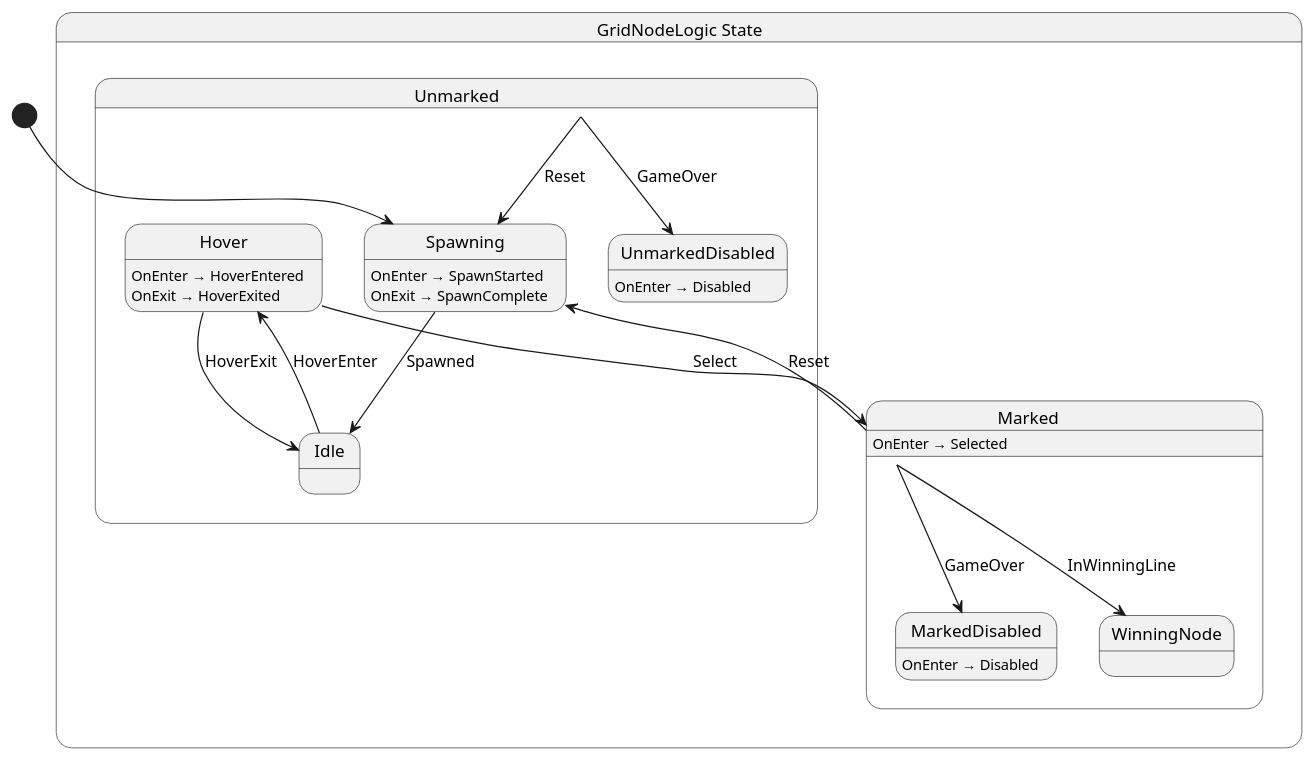
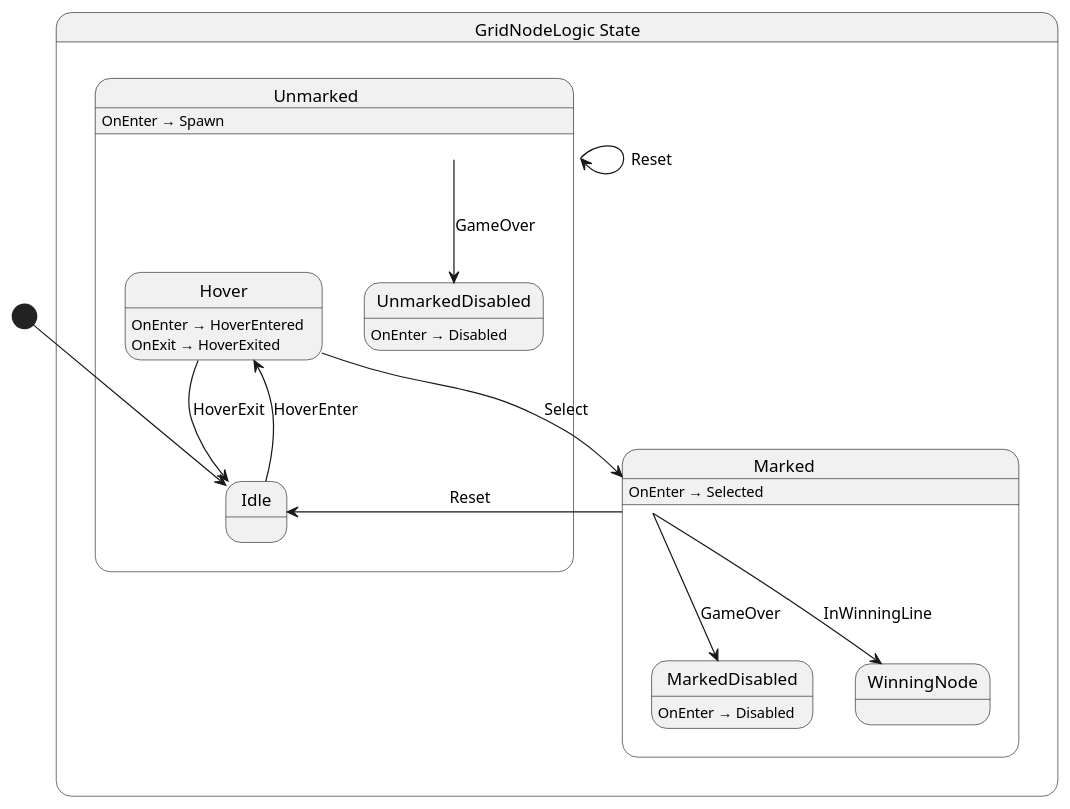
Before and after one commit to stranne/Vertex: the diagram in src/GridNode/State/GridNodeLogic.g.puml, drawn with PlantUML. The commit also changed 10 other files, not shown here.

```diff
--- a/src/GridNode/State/GridNodeLogic.g.puml
+++ b/src/GridNode/State/GridNodeLogic.g.puml
@@ -1,34 +1,31 @@
 @startuml GridNodeLogic
 state "GridNodeLogic State" as Vertex_GridNode_State_GridNodeLogic_State {
   state "Marked" as Vertex_GridNode_State_GridNodeLogic_State_Marked {
     state "MarkedDisabled" as Vertex_GridNode_State_GridNodeLogic_State_MarkedDisabled
     state "WinningNode" as Vertex_GridNode_State_GridNodeLogic_State_WinningNode
   }
   state "Unmarked" as Vertex_GridNode_State_GridNodeLogic_State_Unmarked {
     state "UnmarkedDisabled" as Vertex_GridNode_State_GridNodeLogic_State_UnmarkedDisabled
     state "Hover" as Vertex_GridNode_State_GridNodeLogic_State_Hover
     state "Idle" as Vertex_GridNode_State_GridNodeLogic_State_Idle
-    state "Spawning" as Vertex_GridNode_State_GridNodeLogic_State_Spawning
   }
 }
 
 Vertex_GridNode_State_GridNodeLogic_State_Hover --> Vertex_GridNode_State_GridNodeLogic_State_Idle : HoverExit
 Vertex_GridNode_State_GridNodeLogic_State_Hover --> Vertex_GridNode_State_GridNodeLogic_State_Marked : Select
 Vertex_GridNode_State_GridNodeLogic_State_Idle --> Vertex_GridNode_State_GridNodeLogic_State_Hover : HoverEnter
+Vertex_GridNode_State_GridNodeLogic_State_Marked --> Vertex_GridNode_State_GridNodeLogic_State_Idle : Reset
 Vertex_GridNode_State_GridNodeLogic_State_Marked --> Vertex_GridNode_State_GridNodeLogic_State_MarkedDisabled : GameOver
-Vertex_GridNode_State_GridNodeLogic_State_Marked --> Vertex_GridNode_State_GridNodeLogic_State_Spawning : Reset
 Vertex_GridNode_State_GridNodeLogic_State_Marked --> Vertex_GridNode_State_GridNodeLogic_State_WinningNode : InWinningLine
-Vertex_GridNode_State_GridNodeLogic_State_Spawning --> Vertex_GridNode_State_GridNodeLogic_State_Idle : Spawned
-Vertex_GridNode_State_GridNodeLogic_State_Unmarked --> Vertex_GridNode_State_GridNodeLogic_State_Spawning : Reset
+Vertex_GridNode_State_GridNodeLogic_State_Unmarked --> Vertex_GridNode_State_GridNodeLogic_State_Unmarked : Reset
 Vertex_GridNode_State_GridNodeLogic_State_Unmarked --> Vertex_GridNode_State_GridNodeLogic_State_UnmarkedDisabled : GameOver
 
 Vertex_GridNode_State_GridNodeLogic_State_Hover : OnEnter → HoverEntered
 Vertex_GridNode_State_GridNodeLogic_State_Hover : OnExit → HoverExited
 Vertex_GridNode_State_GridNodeLogic_State_Marked : OnEnter → Selected
 Vertex_GridNode_State_GridNodeLogic_State_MarkedDisabled : OnEnter → Disabled
-Vertex_GridNode_State_GridNodeLogic_State_Spawning : OnEnter → SpawnStarted
-Vertex_GridNode_State_GridNodeLogic_State_Spawning : OnExit → SpawnComplete
+Vertex_GridNode_State_GridNodeLogic_State_Unmarked : OnEnter → Spawn
 Vertex_GridNode_State_GridNodeLogic_State_UnmarkedDisabled : OnEnter → Disabled
 
-[*] --> Vertex_GridNode_State_GridNodeLogic_State_Spawning
+[*] --> Vertex_GridNode_State_GridNodeLogic_State_Idle
 @enduml
```
